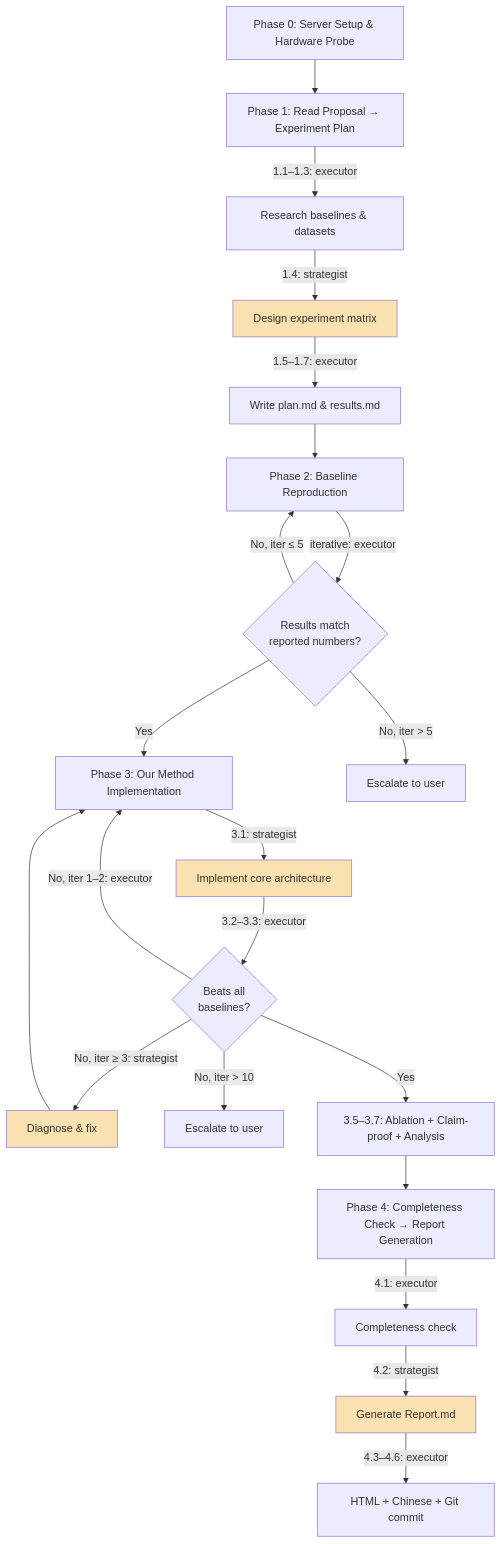
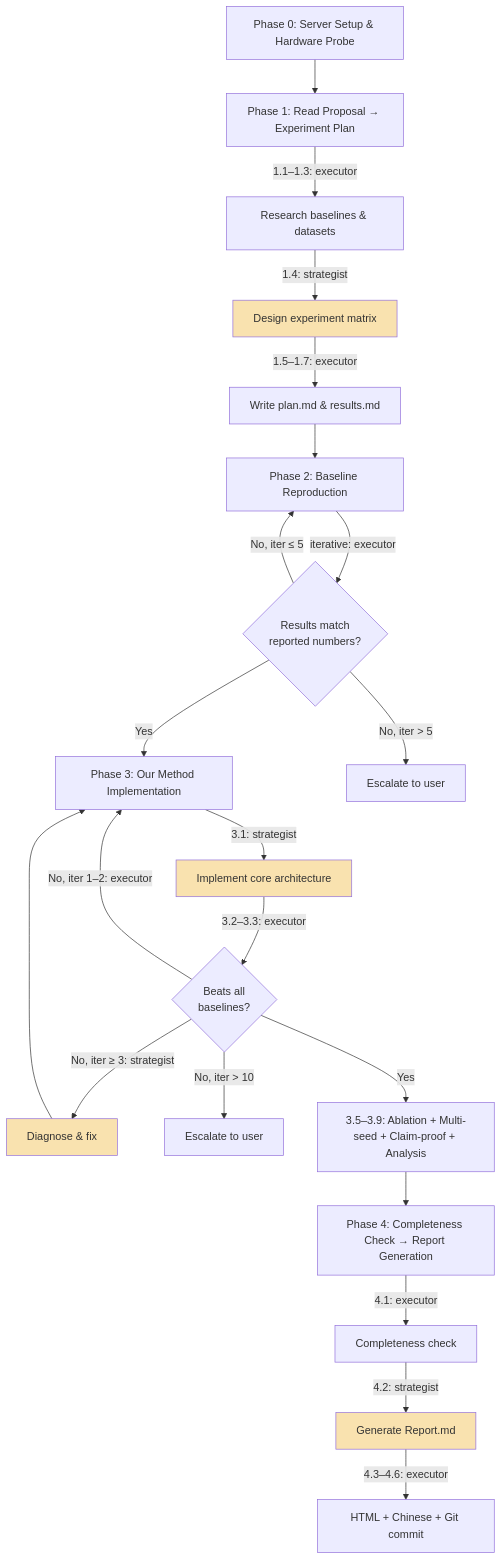
Before and after one commit to Paper-Claw/PaperClaw: the first of 3 diagrams in .claude/skills/paperclaw-experiment-AI/SKILL.md, drawn with Mermaid. The commit also changed other lines of this file and 2 other files, not shown here.

````diff
--- a/.claude/skills/paperclaw-experiment-AI/SKILL.md
+++ b/.claude/skills/paperclaw-experiment-AI/SKILL.md
@@ -29,37 +29,37 @@
 ```mermaid
 flowchart TD
     P0["Phase 0: Server Setup & Hardware Probe"]
     P1["Phase 1: Read Proposal → Experiment Plan"]
     P2["Phase 2: Baseline Reproduction"]
     P3["Phase 3: Our Method Implementation"]
     P4["Phase 4: Completeness Check → Report Generation"]
 
     P0 --> P1
     P1 -->|"1.1–1.3: executor"| P1a["Research baselines & datasets"]
     P1a -->|"1.4: strategist"| P1b["Design experiment matrix"]
     P1b -->|"1.5–1.7: executor"| P1c["Write plan.md & results.md"]
     P1c --> P2
 
     P2 -->|"iterative: executor"| P2loop{"Results match\nreported numbers?"}
     P2loop -->|No, iter ≤ 5| P2
     P2loop -->|No, iter > 5| User1["Escalate to user"]
     P2loop -->|Yes| P3
 
     P3 -->|"3.1: strategist"| P3a["Implement core architecture"]
     P3a -->|"3.2–3.3: executor"| P3loop{"Beats all\nbaselines?"}
     P3loop -->|"No, iter 1–2: executor"| P3
     P3loop -->|"No, iter ≥ 3: strategist"| P3diag["Diagnose & fix"]
     P3diag --> P3
     P3loop -->|"No, iter > 10"| User2["Escalate to user"]
-    P3loop -->|Yes| P3b["3.5–3.7: Ablation + Claim-proof + Analysis"]
+    P3loop -->|Yes| P3b["3.5–3.9: Ablation + Multi-seed + Claim-proof + Analysis"]
     P3b --> P4
 
     P4 -->|"4.1: executor"| P4a["Completeness check"]
     P4a -->|"4.2: strategist"| P4b["Generate Report.md"]
     P4b -->|"4.3–4.6: executor"| P4c["HTML + Chinese + Git commit"]
 
     style P1b fill:#f9e2af
     style P3a fill:#f9e2af
     style P3diag fill:#f9e2af
     style P4b fill:#f9e2af
 ```
````
